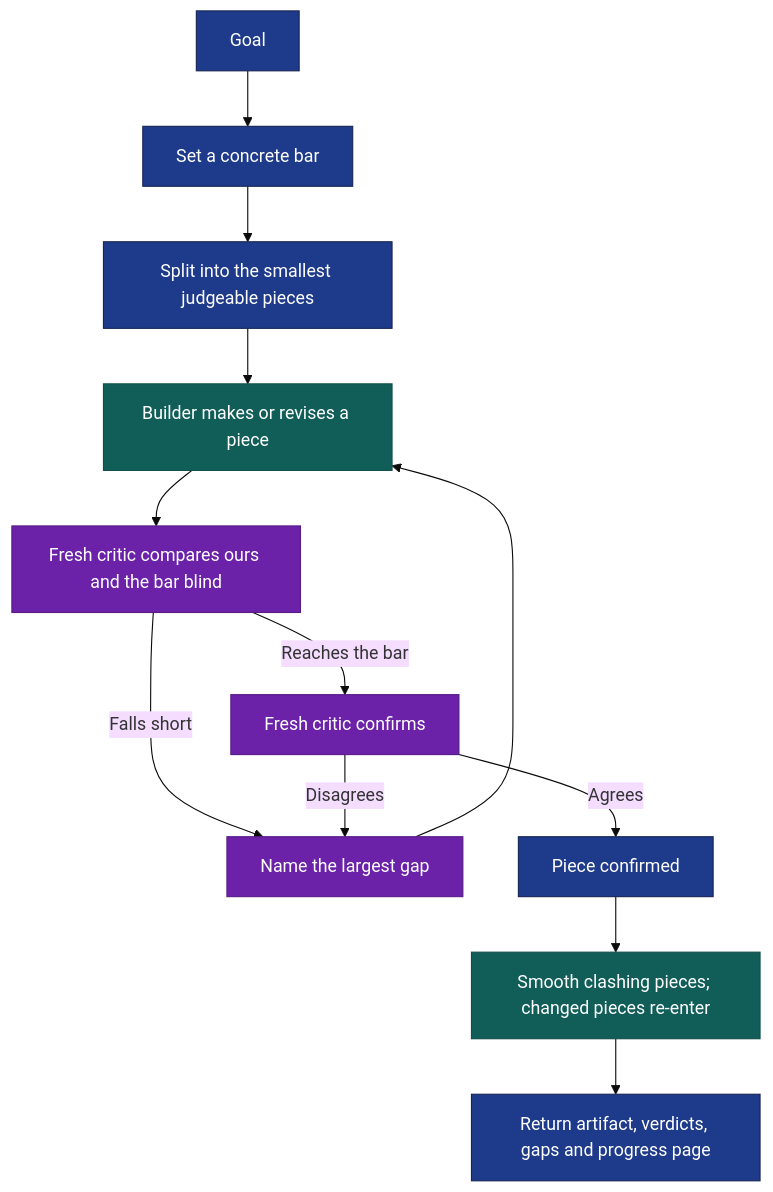
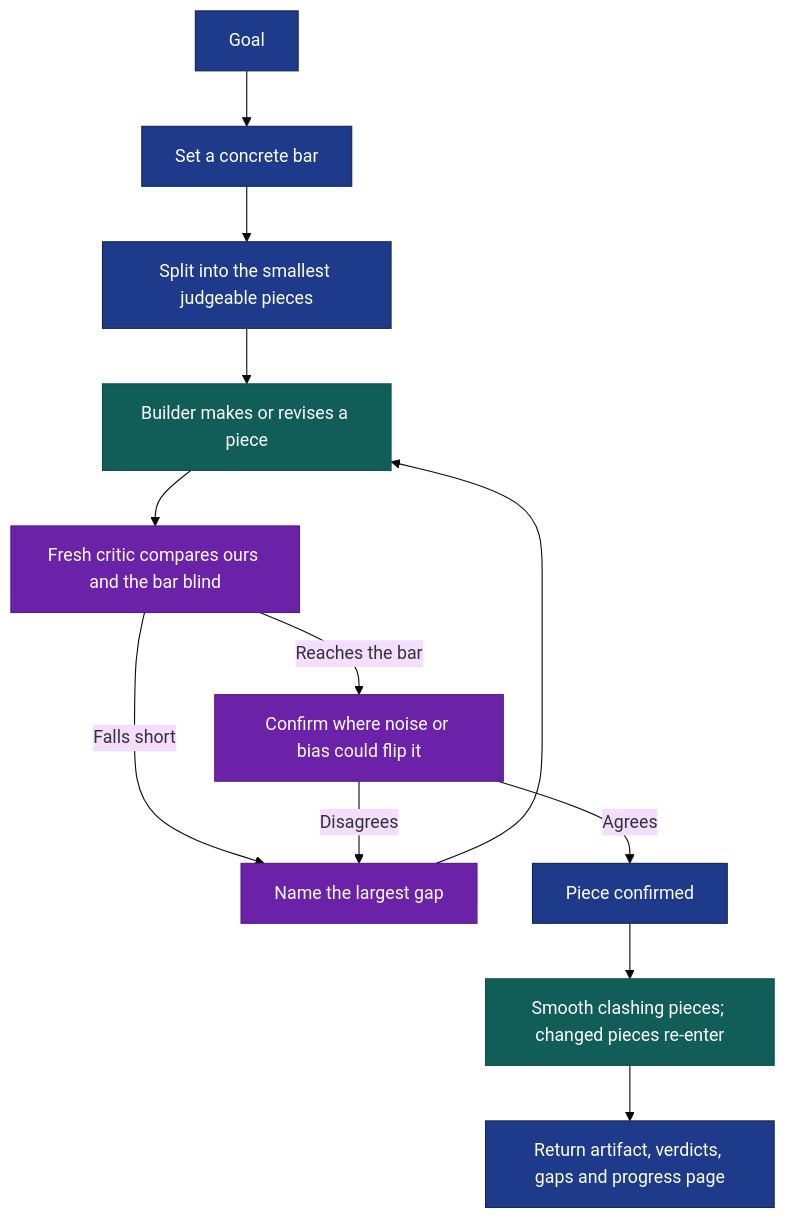
One commit to DanMcInerney/orchflows changed the diagram in example-workflows/gauntlet-loop/README.md. Above: the diagram before and after it, drawn with Mermaid (base theme).

Commit message:
F32 follow-up: gauntlet README diagram matches confirmation where noise or bias could flip a win

````diff
--- a/example-workflows/gauntlet-loop/README.md
+++ b/example-workflows/gauntlet-loop/README.md
@@ -17,20 +17,20 @@
 ```mermaid
 flowchart TD
     G["Goal"] --> B["Set a concrete bar"]
     B --> S["Split into the smallest judgeable pieces"]
     S --> M["Builder makes or revises a piece"]
     M --> C["Fresh critic compares ours and the bar blind"]
     C -->|Falls short| X["Name the largest gap"]
     X --> M
-    C -->|Reaches the bar| R["Fresh critic confirms"]
+    C -->|Reaches the bar| R["Confirm where noise or bias could flip it"]
     R -->|Disagrees| X
     R -->|Agrees| W["Piece confirmed"]
     W --> O["Smooth clashing pieces; changed pieces re-enter"]
     O --> E["Return artifact, verdicts, gaps and progress page"]
     classDef work fill:#115e59,stroke:#134e4a,color:#ffffff;
     classDef review fill:#6b21a8,stroke:#581c87,color:#ffffff;
     classDef state fill:#1e3a8a,stroke:#172554,color:#ffffff;
     class M,O work;
     class C,R,X review;
     class G,B,S,W,E state;
 ```
````
